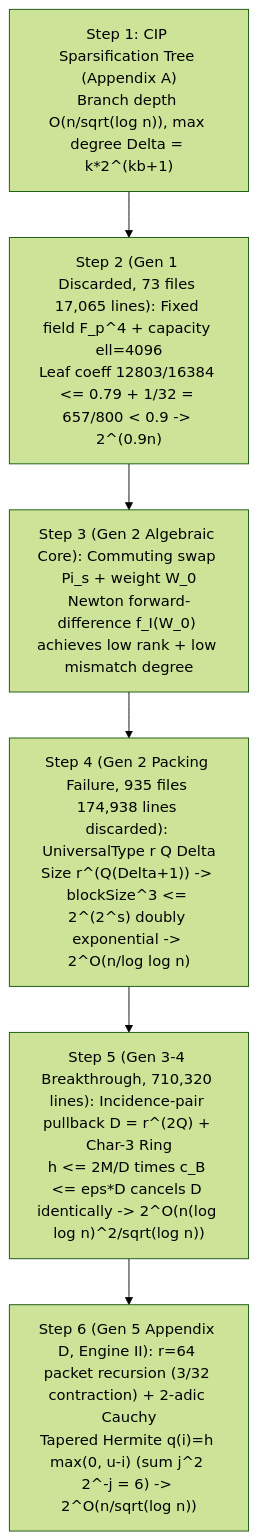
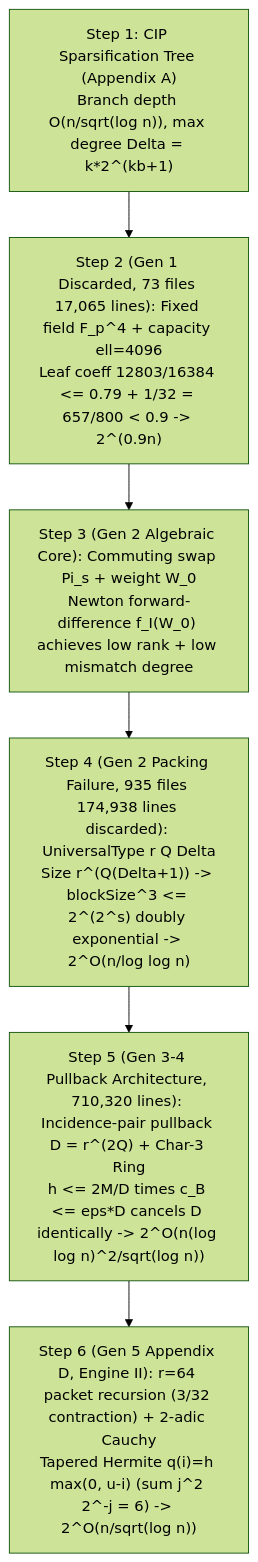
Before and after one commit to gilheumpark-bit/ultari-proof-anatomy: the diagram in anatomy/004-openai-378-eth-disproof/en/02_Intermediate_Math_and_Code_Guide.md, drawn with Mermaid (forest theme). The commit also changed other lines of this file and 49 other files, not shown here.

````diff
--- a/anatomy/004-openai-378-eth-disproof/en/02_Intermediate_Math_and_Code_Guide.md
+++ b/anatomy/004-openai-378-eth-disproof/en/02_Intermediate_Math_and_Code_Guide.md
@@ -9,8 +9,8 @@
 ```mermaid
 flowchart TD
     S1["Step 1: CIP Sparsification Tree (Appendix A)\nBranch depth O(n/sqrt(log n)), max degree Delta = k*2^(kb+1)"] --> S2["Step 2 (Gen 1 Discarded, 73 files 17,065 lines): Fixed field F_p^4 + capacity ell=4096\nLeaf coeff 12803/16384 <= 0.79 + 1/32 = 657/800 < 0.9 -> 2^(0.9n)"]
     S2 --> S3["Step 3 (Gen 2 Algebraic Core): Commuting swap Pi_s + weight W_0\nNewton forward-difference f_I(W_0) achieves low rank + low mismatch degree"]
     S3 --> S4["Step 4 (Gen 2 Packing Failure, 935 files 174,938 lines discarded): UniversalType r Q Delta\nSize r^(Q(Delta+1)) -> blockSize^3 <= 2^(2^s) doubly exponential -> 2^O(n/log log n)"]
-    S4 --> S5["Step 5 (Gen 3-4 Breakthrough, 710,320 lines): Incidence-pair pullback D = r^(2Q) + Char-3 Ring\nh <= 2M/D times c_B <= eps*D cancels D identically -> 2^O(n(log log n)^2/sqrt(log n))"]
+    S4 --> S5["Step 5 (Gen 3-4 Pullback Architecture, 710,320 lines): Incidence-pair pullback D = r^(2Q) + Char-3 Ring\nh <= 2M/D times c_B <= eps*D cancels D identically -> 2^O(n(log log n)^2/sqrt(log n))"]
     S5 --> S6["Step 6 (Gen 5 Appendix D, Engine II): r=64 packet recursion (3/32 contraction) + 2-adic Cauchy\nTapered Hermite q(i)=h max(0, u-i) (sum j^2 2^-j = 6) -> 2^O(n/sqrt(log n))"]
 ```
````
